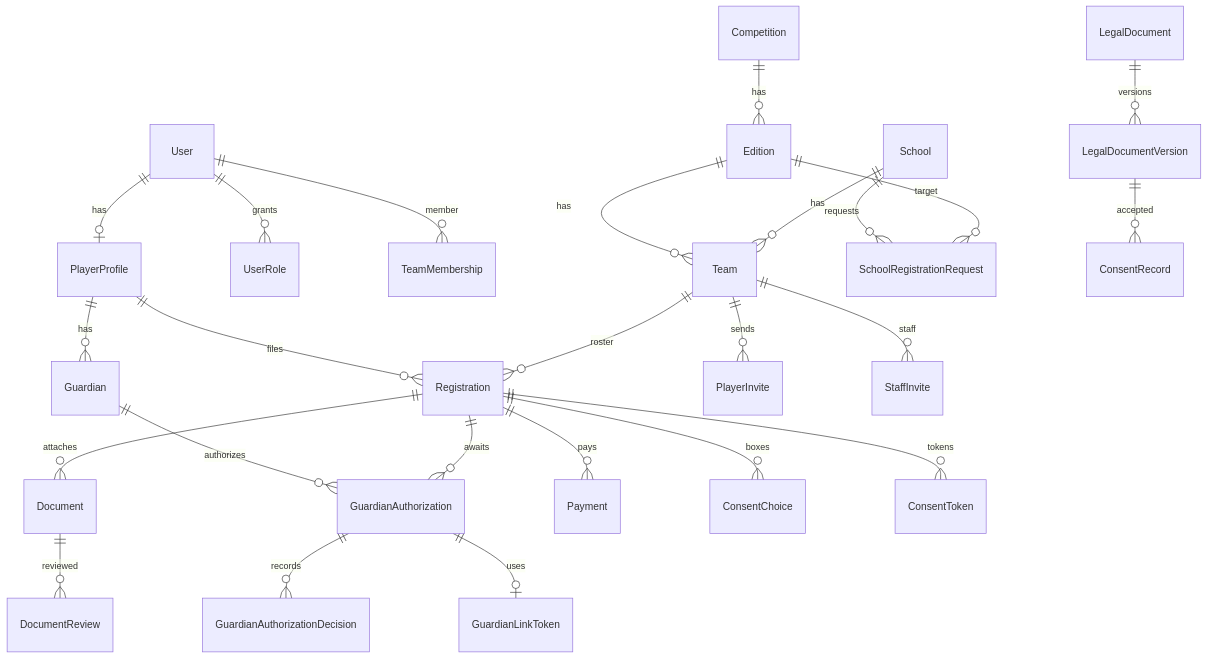
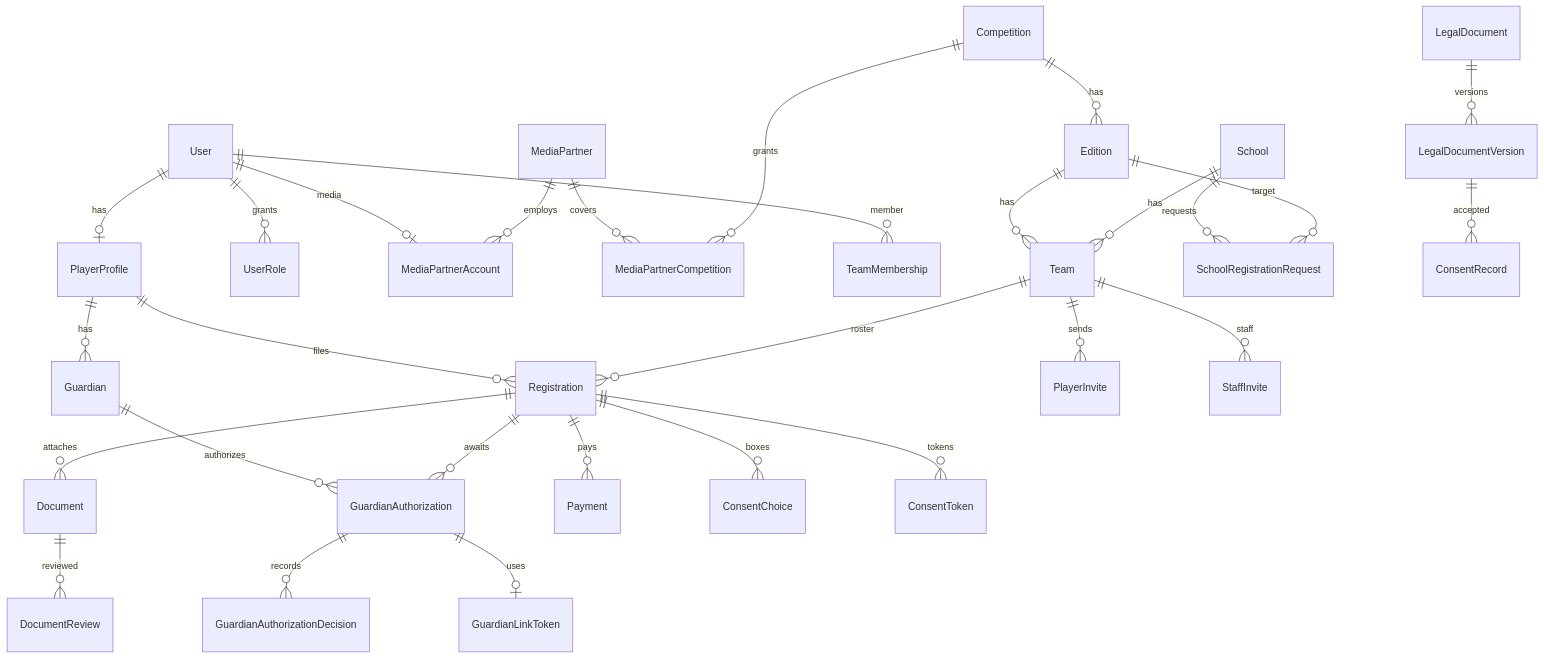
One commit to m8lamario/piattaforma-lcs changed the diagram in docs/05-database-design.md. Above: the diagram before and after it, drawn with Mermaid. The commit also changed other lines of this file and 65 other files, not shown here.

````diff
--- a/docs/05-database-design.md
+++ b/docs/05-database-design.md
@@ -9,27 +9,31 @@
 ```mermaid
 erDiagram
   User ||--o| PlayerProfile : has
   User ||--o{ UserRole : grants
+  User ||--o| MediaPartnerAccount : media
+  MediaPartner ||--o{ MediaPartnerAccount : employs
+  MediaPartner ||--o{ MediaPartnerCompetition : covers
+  Competition ||--o{ MediaPartnerCompetition : grants
   User ||--o{ TeamMembership : member
   PlayerProfile ||--o{ Guardian : has
   PlayerProfile ||--o{ Registration : files
   Guardian ||--o{ GuardianAuthorization : authorizes
   GuardianAuthorization ||--o{ GuardianAuthorizationDecision : records
   GuardianAuthorization ||--o| GuardianLinkToken : uses
   Competition ||--o{ Edition : has
   Edition ||--o{ Team : has
   School ||--o{ Team : has
   School ||--o{ SchoolRegistrationRequest : requests
   Edition ||--o{ SchoolRegistrationRequest : target
   Team ||--o{ PlayerInvite : sends
   Team ||--o{ StaffInvite : staff
   Team ||--o{ Registration : roster
   Registration ||--o{ Document : attaches
   Registration ||--o{ Payment : pays
   Registration ||--o{ GuardianAuthorization : awaits
   LegalDocument ||--o{ LegalDocumentVersion : versions
   LegalDocumentVersion ||--o{ ConsentRecord : accepted
   Registration ||--o{ ConsentChoice : boxes
   Registration ||--o{ ConsentToken : tokens
   Document ||--o{ DocumentReview : reviewed
 ```
````
